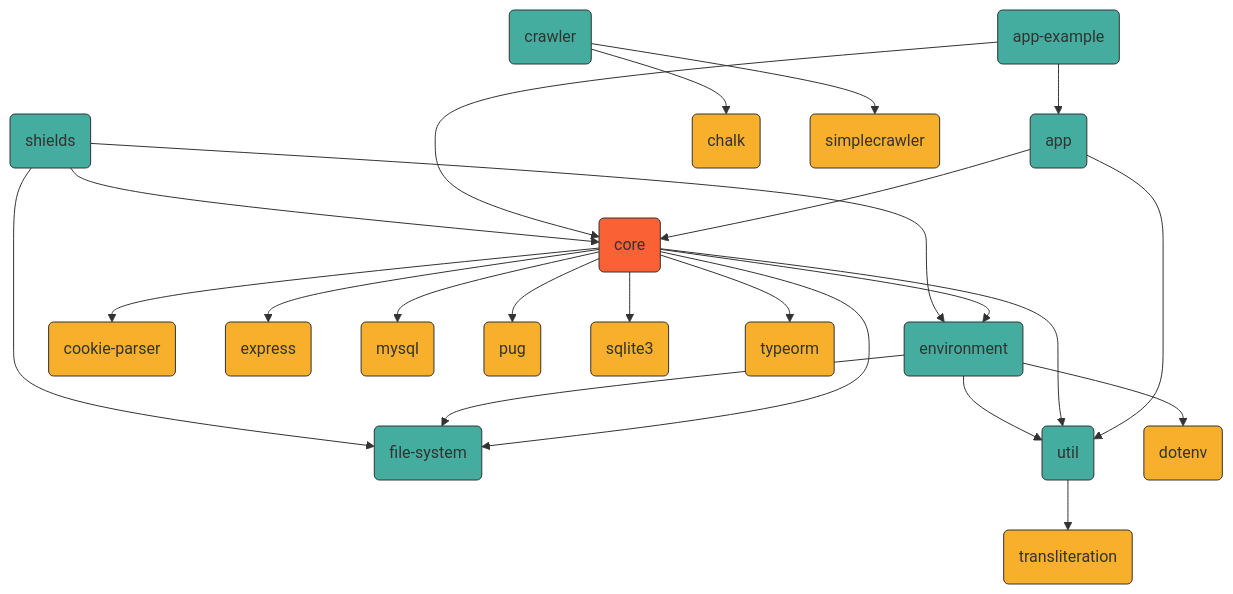
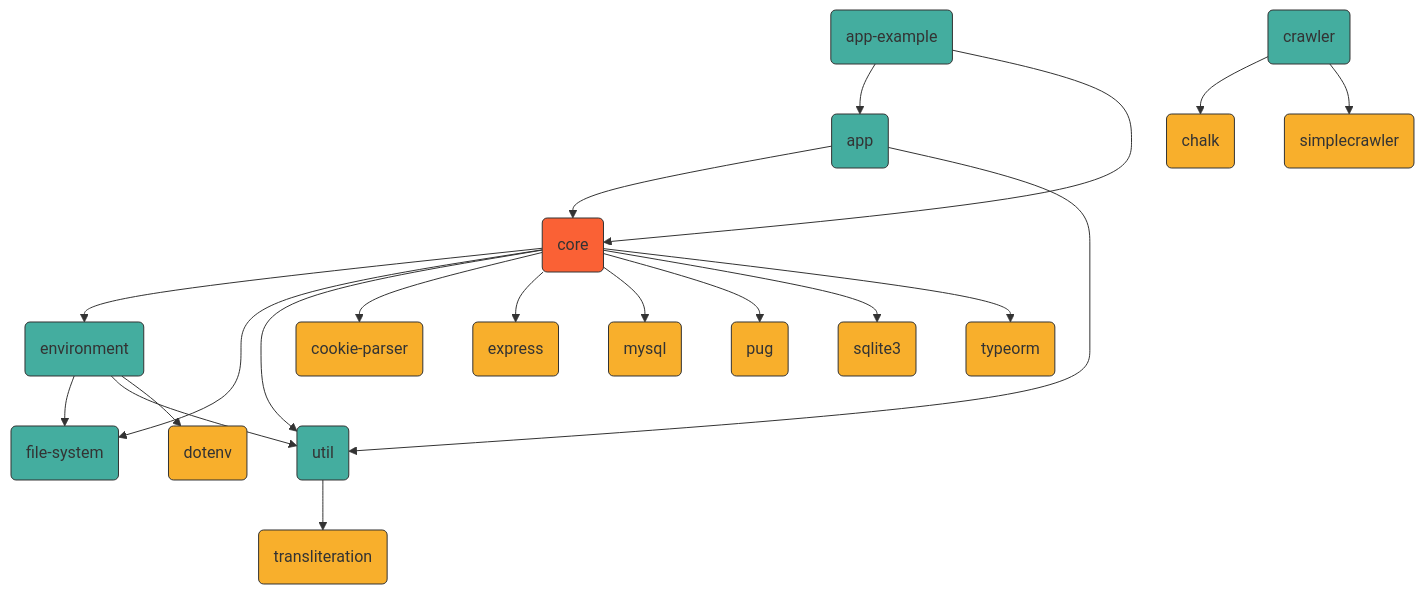
The diagram in doc/mmd/package-dependencies.mmd (vokus/vokus), drawn with Mermaid before and after one commit. The commit also changed 13 other files, not shown here.

```diff
--- a/doc/mmd/package-dependencies.mmd
+++ b/doc/mmd/package-dependencies.mmd
@@ -1,59 +1,54 @@
 graph TD
     _vokus_app(app)
     style _vokus_app fill:#44AD9F,stroke:#333,stroke-width:1px
     _vokus_app-example(app-example)
     style _vokus_app-example fill:#44AD9F,stroke:#333,stroke-width:1px
     _vokus_core(core)
     style _vokus_core fill:#FA6135,stroke:#333,stroke-width:1px
     _vokus_crawler(crawler)
     style _vokus_crawler fill:#44AD9F,stroke:#333,stroke-width:1px
     _vokus_environment(environment)
     style _vokus_environment fill:#44AD9F,stroke:#333,stroke-width:1px
     _vokus_file-system(file-system)
     style _vokus_file-system fill:#44AD9F,stroke:#333,stroke-width:1px
-    _vokus_shields(shields)
-    style _vokus_shields fill:#44AD9F,stroke:#333,stroke-width:1px
     _vokus_util(util)
     style _vokus_util fill:#44AD9F,stroke:#333,stroke-width:1px
     _vokus_app --> _vokus_core
     _vokus_app --> _vokus_util
     _vokus_app-example --> _vokus_app
     _vokus_app-example --> _vokus_core
     _vokus_core --> _vokus_environment
     _vokus_core --> _vokus_file-system
     _vokus_core --> _vokus_util
     _vokus_core --> cookie-parser
     cookie-parser(cookie-parser)
     style cookie-parser fill:#F8AF2C,stroke:#333,stroke-width:1px
     _vokus_core --> express
     express(express)
     style express fill:#F8AF2C,stroke:#333,stroke-width:1px
     _vokus_core --> mysql
     mysql(mysql)
     style mysql fill:#F8AF2C,stroke:#333,stroke-width:1px
     _vokus_core --> pug
     pug(pug)
     style pug fill:#F8AF2C,stroke:#333,stroke-width:1px
     _vokus_core --> sqlite3
     sqlite3(sqlite3)
     style sqlite3 fill:#F8AF2C,stroke:#333,stroke-width:1px
     _vokus_core --> typeorm
     typeorm(typeorm)
     style typeorm fill:#F8AF2C,stroke:#333,stroke-width:1px
     _vokus_crawler --> chalk
     chalk(chalk)
     style chalk fill:#F8AF2C,stroke:#333,stroke-width:1px
     _vokus_crawler --> simplecrawler
     simplecrawler(simplecrawler)
     style simplecrawler fill:#F8AF2C,stroke:#333,stroke-width:1px
     _vokus_environment --> _vokus_file-system
     _vokus_environment --> _vokus_util
     _vokus_environment --> dotenv
     dotenv(dotenv)
     style dotenv fill:#F8AF2C,stroke:#333,stroke-width:1px
-    _vokus_shields --> _vokus_core
-    _vokus_shields --> _vokus_environment
-    _vokus_shields --> _vokus_file-system
     _vokus_util --> transliteration
     transliteration(transliteration)
     style transliteration fill:#F8AF2C,stroke:#333,stroke-width:1px
```
